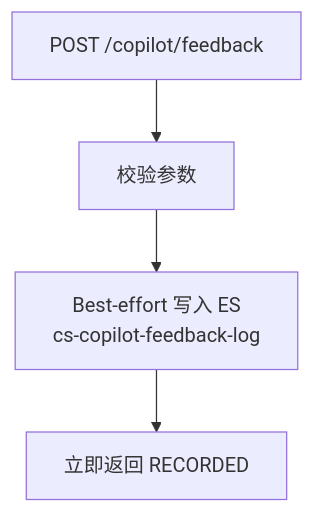
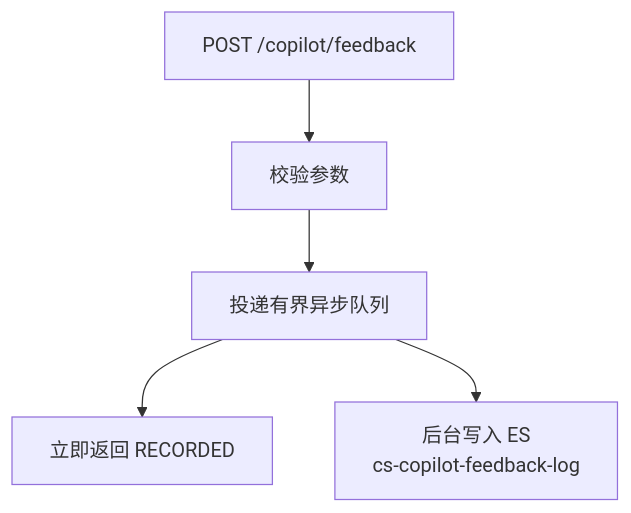
Before and after one commit to qzz617/copilot: diagram 14 of 24 in cs-copilot-service/docs/dd-v1.2.md, drawn with Mermaid. The commit also changed other lines of this file and 4 other files, not shown here.

````diff
--- a/cs-copilot-service/docs/dd-v1.2.md
+++ b/cs-copilot-service/docs/dd-v1.2.md
@@ -1831,6 +1831,7 @@
 ```mermaid
 flowchart TD
     A[POST /copilot/feedback] --> B[校验参数]
-    B --> C[Best-effort 写入 ES<br/>cs-copilot-feedback-log]
+    B --> C[投递有界异步队列]
     C --> D[立即返回 RECORDED]
+    C --> E[后台写入 ES<br/>cs-copilot-feedback-log]
 ```
````
